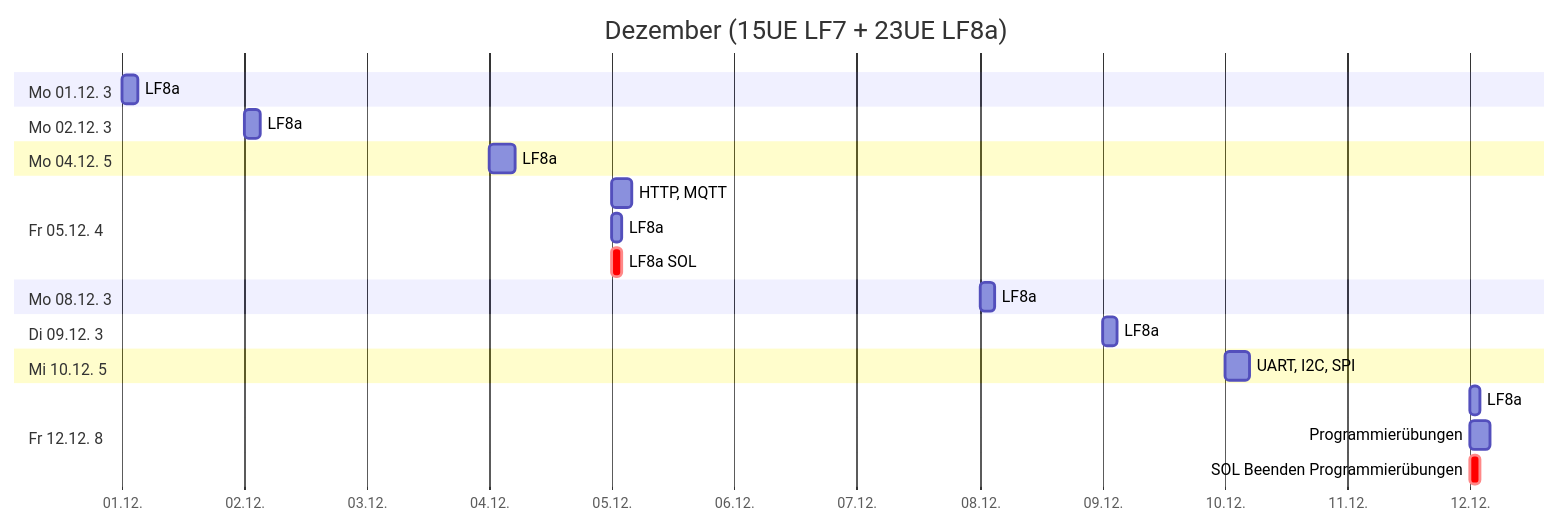
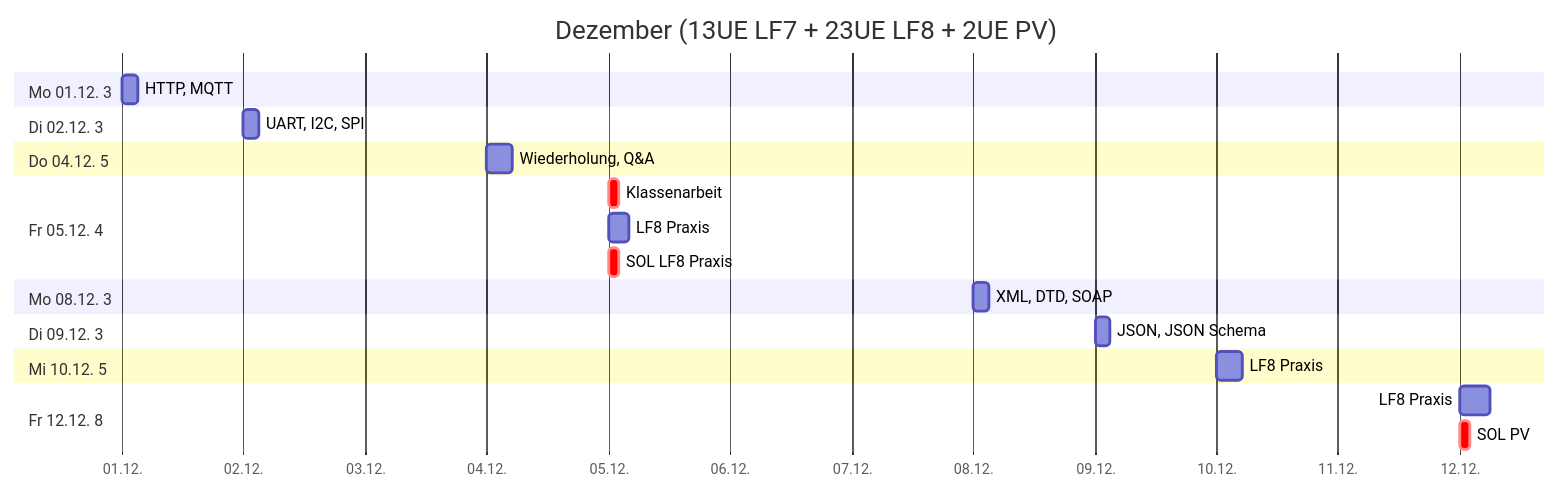
The third of 6 diagrams in src/plan.md (jonasnemeth/LF7), drawn with Mermaid before and after one commit. The commit also changed other lines of this file, not shown here.

````diff
--- a/src/plan.md
+++ b/src/plan.md
@@ -47,26 +46,25 @@
 ```mermaid
 gantt
- title Dezember (15UE LF7 + 23UE LF8a)
+ title Dezember (13UE LF7 + 23UE LF8 + 2UE PV)
  dateFormat YYYY-MM-DD
  axisFormat %d.%m.
  section Mo 01.12. 3
-  LF8a                        :2025-12-01, 3h
- section Mo 02.12. 3
-  LF8a                        :2025-12-02, 3h
- section Mo 04.12. 5
-  LF8a                        :2025-12-04, 5h
+  HTTP, MQTT                  :2025-12-01, 3h
+ section Di 02.12. 3
+  UART, I2C, SPI              :2025-12-02, 3h
+ section Do 04.12. 5
+  Wiederholung, Q&A           :2025-12-04, 5h
  section Fr 05.12. 4
-  HTTP, MQTT                  :2025-12-05, 4h
-  LF8a                        :2025-12-05, 2h
-  LF8a SOL                    :crit, 2025-12-05, 2h
+  Klassenarbeit               :crit, 2025-12-05, 2h
+  LF8 Praxis                  :2025-12-05, 4h
+  SOL LF8 Praxis              :crit, 2025-12-05, 2h
  section Mo 08.12. 3
-  LF8a                        :2025-12-08, 3h
+  XML, DTD, SOAP              :2025-12-08, 3h
  section Di 09.12. 3
-  LF8a                        :2025-12-09, 3h
+  JSON, JSON Schema           :2025-12-09, 3h
  section Mi 10.12. 5
-  UART, I2C, SPI              :2025-12-10, 5h
+  LF8 Praxis                  :2025-12-10, 5h
  section Fr 12.12. 8
-  LF8a                        :2025-12-12, 2h
-  Programmierübungen          :2025-12-12, 4h
-  SOL Beenden Programmierübungen  :crit, 2025-12-12, 2h
+  LF8 Praxis                  :2025-12-12, 6h
+  SOL PV                      :crit, 2025-12-12, 2h
 ```
````
